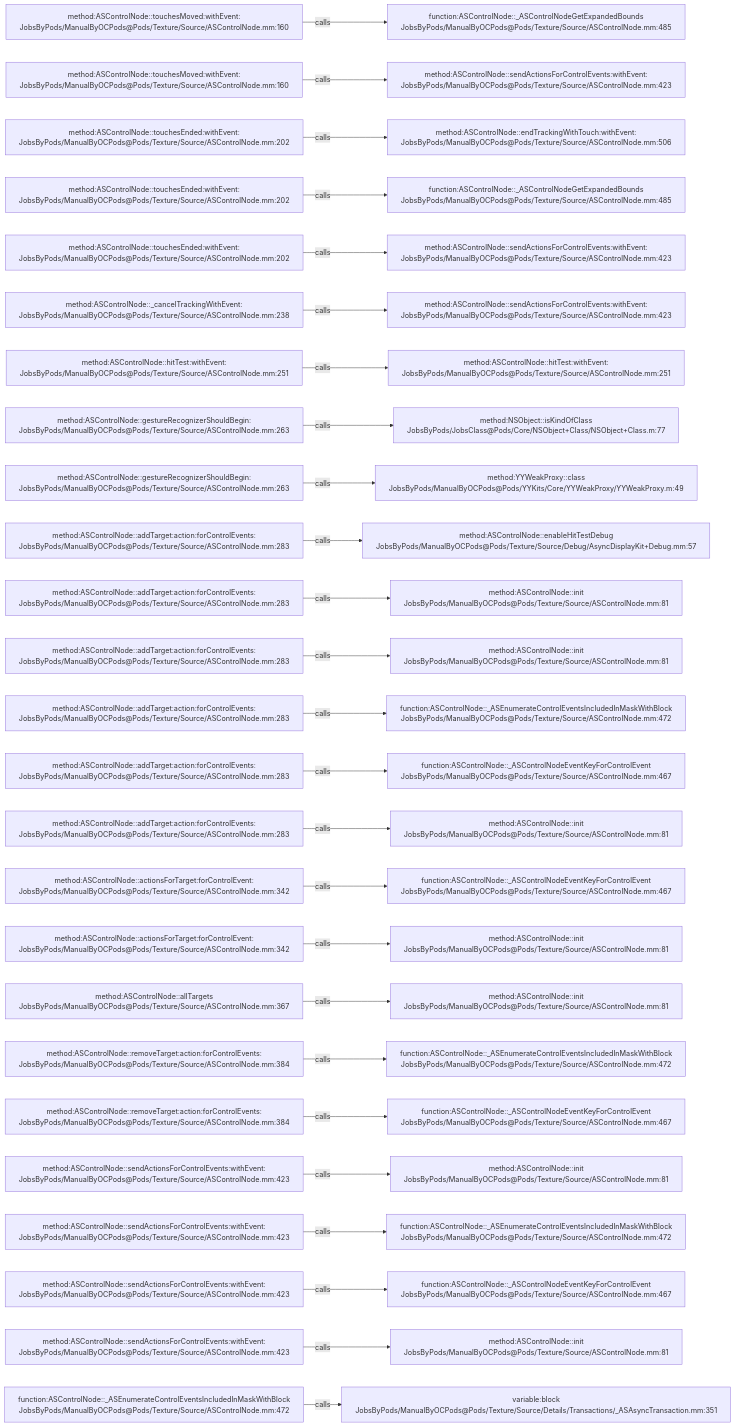
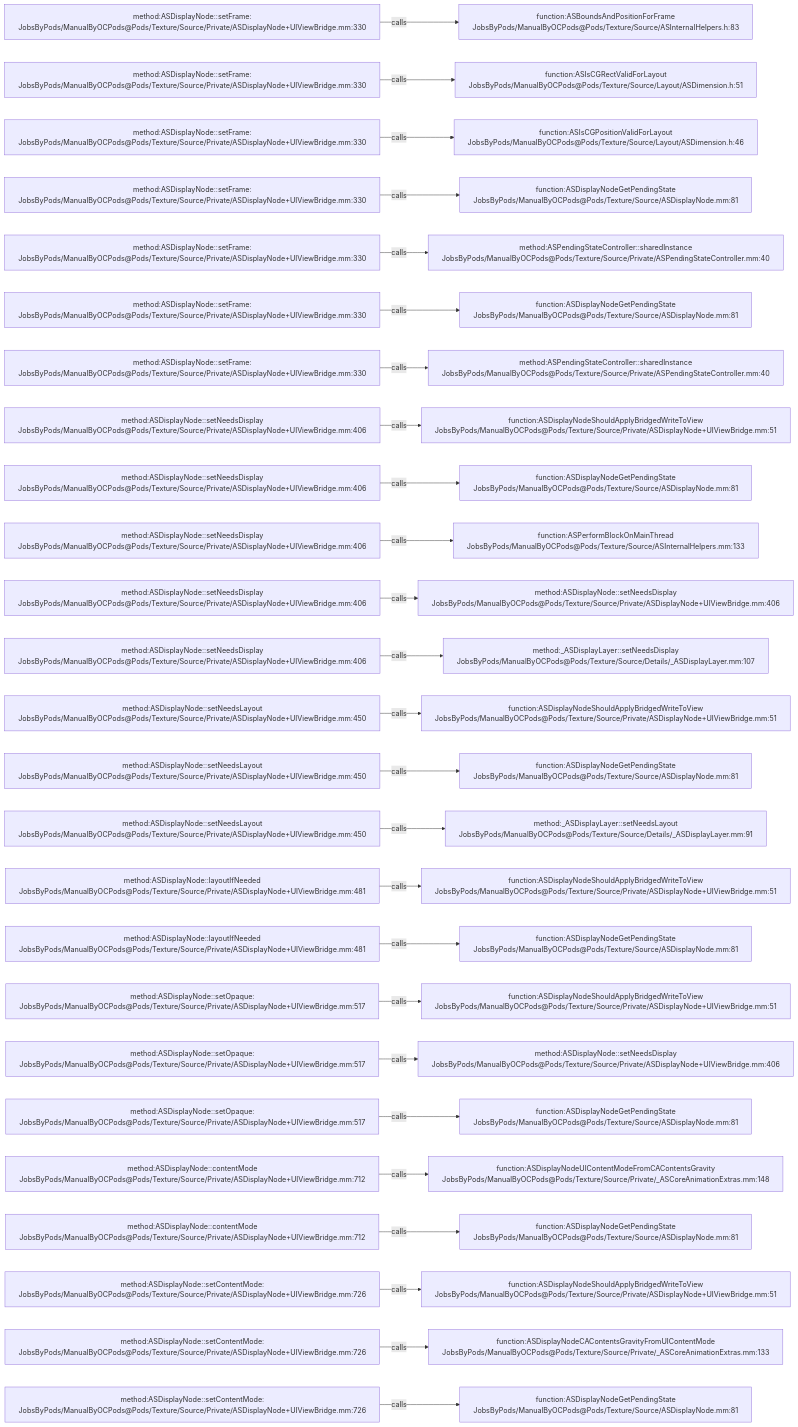
Before and after one commit to JobsKits/JobsOCBaseConfigDemo: the diagram in .codegraph/codegraph.md/graphs/calls-196.md, drawn with Mermaid. The commit also changed 2162 other files, not shown here.

````diff
--- a/.codegraph/codegraph.md/graphs/calls-196.md
+++ b/.codegraph/codegraph.md/graphs/calls-196.md
@@ -13,78 +13,78 @@
 ```mermaid
 flowchart LR
-  S1["method:ASControlNode::touchesMoved:withEvent:<br/>JobsByPods/ManualByOCPods@Pods/Texture/Source/ASControlNode.mm:160"]
-  T1["function:ASControlNode::_ASControlNodeGetExpandedBounds<br/>JobsByPods/ManualByOCPods@Pods/Texture/Source/ASControlNode.mm:485"]
+  S1["method:ASDisplayNode::setFrame:<br/>JobsByPods/ManualByOCPods@Pods/Texture/Source/Private/ASDisplayNode+UIViewBridge.mm:330"]
+  T1["function:ASBoundsAndPositionForFrame<br/>JobsByPods/ManualByOCPods@Pods/Texture/Source/ASInternalHelpers.h:83"]
   S1 -->|calls| T1
-  S2["method:ASControlNode::touchesMoved:withEvent:<br/>JobsByPods/ManualByOCPods@Pods/Texture/Source/ASControlNode.mm:160"]
-  T2["method:ASControlNode::sendActionsForControlEvents:withEvent:<br/>JobsByPods/ManualByOCPods@Pods/Texture/Source/ASControlNode.mm:423"]
+  S2["method:ASDisplayNode::setFrame:<br/>JobsByPods/ManualByOCPods@Pods/Texture/Source/Private/ASDisplayNode+UIViewBridge.mm:330"]
+  T2["function:ASIsCGRectValidForLayout<br/>JobsByPods/ManualByOCPods@Pods/Texture/Source/Layout/ASDimension.h:51"]
   S2 -->|calls| T2
-  S3["method:ASControlNode::touchesEnded:withEvent:<br/>JobsByPods/ManualByOCPods@Pods/Texture/Source/ASControlNode.mm:202"]
-  T3["method:ASControlNode::endTrackingWithTouch:withEvent:<br/>JobsByPods/ManualByOCPods@Pods/Texture/Source/ASControlNode.mm:506"]
+  S3["method:ASDisplayNode::setFrame:<br/>JobsByPods/ManualByOCPods@Pods/Texture/Source/Private/ASDisplayNode+UIViewBridge.mm:330"]
+  T3["function:ASIsCGPositionValidForLayout<br/>JobsByPods/ManualByOCPods@Pods/Texture/Source/Layout/ASDimension.h:46"]
   S3 -->|calls| T3
-  S4["method:ASControlNode::touchesEnded:withEvent:<br/>JobsByPods/ManualByOCPods@Pods/Texture/Source/ASControlNode.mm:202"]
-  T4["function:ASControlNode::_ASControlNodeGetExpandedBounds<br/>JobsByPods/ManualByOCPods@Pods/Texture/Source/ASControlNode.mm:485"]
+  S4["method:ASDisplayNode::setFrame:<br/>JobsByPods/ManualByOCPods@Pods/Texture/Source/Private/ASDisplayNode+UIViewBridge.mm:330"]
+  T4["function:ASDisplayNodeGetPendingState<br/>JobsByPods/ManualByOCPods@Pods/Texture/Source/ASDisplayNode.mm:81"]
   S4 -->|calls| T4
-  S5["method:ASControlNode::touchesEnded:withEvent:<br/>JobsByPods/ManualByOCPods@Pods/Texture/Source/ASControlNode.mm:202"]
-  T5["method:ASControlNode::sendActionsForControlEvents:withEvent:<br/>JobsByPods/ManualByOCPods@Pods/Texture/Source/ASControlNode.mm:423"]
+  S5["method:ASDisplayNode::setFrame:<br/>JobsByPods/ManualByOCPods@Pods/Texture/Source/Private/ASDisplayNode+UIViewBridge.mm:330"]
+  T5["method:ASPendingStateController::sharedInstance<br/>JobsByPods/ManualByOCPods@Pods/Texture/Source/Private/ASPendingStateController.mm:40"]
   S5 -->|calls| T5
-  S6["method:ASControlNode::_cancelTrackingWithEvent:<br/>JobsByPods/ManualByOCPods@Pods/Texture/Source/ASControlNode.mm:238"]
-  T6["method:ASControlNode::sendActionsForControlEvents:withEvent:<br/>JobsByPods/ManualByOCPods@Pods/Texture/Source/ASControlNode.mm:423"]
+  S6["method:ASDisplayNode::setFrame:<br/>JobsByPods/ManualByOCPods@Pods/Texture/Source/Private/ASDisplayNode+UIViewBridge.mm:330"]
+  T6["function:ASDisplayNodeGetPendingState<br/>JobsByPods/ManualByOCPods@Pods/Texture/Source/ASDisplayNode.mm:81"]
   S6 -->|calls| T6
-  S7["method:ASControlNode::hitTest:withEvent:<br/>JobsByPods/ManualByOCPods@Pods/Texture/Source/ASControlNode.mm:251"]
-  T7["method:ASControlNode::hitTest:withEvent:<br/>JobsByPods/ManualByOCPods@Pods/Texture/Source/ASControlNode.mm:251"]
+  S7["method:ASDisplayNode::setFrame:<br/>JobsByPods/ManualByOCPods@Pods/Texture/Source/Private/ASDisplayNode+UIViewBridge.mm:330"]
+  T7["method:ASPendingStateController::sharedInstance<br/>JobsByPods/ManualByOCPods@Pods/Texture/Source/Private/ASPendingStateController.mm:40"]
   S7 -->|calls| T7
-  S8["method:ASControlNode::gestureRecognizerShouldBegin:<br/>JobsByPods/ManualByOCPods@Pods/Texture/Source/ASControlNode.mm:263"]
-  T8["method:NSObject::isKindOfClass<br/>JobsByPods/JobsClass@Pods/Core/NSObject+Class/NSObject+Class.m:77"]
+  S8["method:ASDisplayNode::setNeedsDisplay<br/>JobsByPods/ManualByOCPods@Pods/Texture/Source/Private/ASDisplayNode+UIViewBridge.mm:406"]
+  T8["function:ASDisplayNodeShouldApplyBridgedWriteToView<br/>JobsByPods/ManualByOCPods@Pods/Texture/Source/Private/ASDisplayNode+UIViewBridge.mm:51"]
   S8 -->|calls| T8
-  S9["method:ASControlNode::gestureRecognizerShouldBegin:<br/>JobsByPods/ManualByOCPods@Pods/Texture/Source/ASControlNode.mm:263"]
-  T9["method:YYWeakProxy::class<br/>JobsByPods/ManualByOCPods@Pods/YYKits/Core/YYWeakProxy/YYWeakProxy.m:49"]
+  S9["method:ASDisplayNode::setNeedsDisplay<br/>JobsByPods/ManualByOCPods@Pods/Texture/Source/Private/ASDisplayNode+UIViewBridge.mm:406"]
+  T9["function:ASDisplayNodeGetPendingState<br/>JobsByPods/ManualByOCPods@Pods/Texture/Source/ASDisplayNode.mm:81"]
   S9 -->|calls| T9
-  S10["method:ASControlNode::addTarget:action:forControlEvents:<br/>JobsByPods/ManualByOCPods@Pods/Texture/Source/ASControlNode.mm:283"]
-  T10["method:ASControlNode::enableHitTestDebug<br/>JobsByPods/ManualByOCPods@Pods/Texture/Source/Debug/AsyncDisplayKit+Debug.mm:57"]
+  S10["method:ASDisplayNode::setNeedsDisplay<br/>JobsByPods/ManualByOCPods@Pods/Texture/Source/Private/ASDisplayNode+UIViewBridge.mm:406"]
+  T10["function:ASPerformBlockOnMainThread<br/>JobsByPods/ManualByOCPods@Pods/Texture/Source/ASInternalHelpers.mm:133"]
   S10 -->|calls| T10
-  S11["method:ASControlNode::addTarget:action:forControlEvents:<br/>JobsByPods/ManualByOCPods@Pods/Texture/Source/ASControlNode.mm:283"]
-  T11["method:ASControlNode::init<br/>JobsByPods/ManualByOCPods@Pods/Texture/Source/ASControlNode.mm:81"]
+  S11["method:ASDisplayNode::setNeedsDisplay<br/>JobsByPods/ManualByOCPods@Pods/Texture/Source/Private/ASDisplayNode+UIViewBridge.mm:406"]
+  T11["method:ASDisplayNode::setNeedsDisplay<br/>JobsByPods/ManualByOCPods@Pods/Texture/Source/Private/ASDisplayNode+UIViewBridge.mm:406"]
   S11 -->|calls| T11
-  S12["method:ASControlNode::addTarget:action:forControlEvents:<br/>JobsByPods/ManualByOCPods@Pods/Texture/Source/ASControlNode.mm:283"]
-  T12["method:ASControlNode::init<br/>JobsByPods/ManualByOCPods@Pods/Texture/Source/ASControlNode.mm:81"]
+  S12["method:ASDisplayNode::setNeedsDisplay<br/>JobsByPods/ManualByOCPods@Pods/Texture/Source/Private/ASDisplayNode+UIViewBridge.mm:406"]
+  T12["method:_ASDisplayLayer::setNeedsDisplay<br/>JobsByPods/ManualByOCPods@Pods/Texture/Source/Details/_ASDisplayLayer.mm:107"]
   S12 -->|calls| T12
-  S13["method:ASControlNode::addTarget:action:forControlEvents:<br/>JobsByPods/ManualByOCPods@Pods/Texture/Source/ASControlNode.mm:283"]
-  T13["function:ASControlNode::_ASEnumerateControlEventsIncludedInMaskWithBlock<br/>JobsByPods/ManualByOCPods@Pods/Texture/Source/ASControlNode.mm:472"]
+  S13["method:ASDisplayNode::setNeedsLayout<br/>JobsByPods/ManualByOCPods@Pods/Texture/Source/Private/ASDisplayNode+UIViewBridge.mm:450"]
+  T13["function:ASDisplayNodeShouldApplyBridgedWriteToView<br/>JobsByPods/ManualByOCPods@Pods/Texture/Source/Private/ASDisplayNode+UIViewBridge.mm:51"]
   S13 -->|calls| T13
-  S14["method:ASControlNode::addTarget:action:forControlEvents:<br/>JobsByPods/ManualByOCPods@Pods/Texture/Source/ASControlNode.mm:283"]
-  T14["function:ASControlNode::_ASControlNodeEventKeyForControlEvent<br/>JobsByPods/ManualByOCPods@Pods/Texture/Source/ASControlNode.mm:467"]
+  S14["method:ASDisplayNode::setNeedsLayout<br/>JobsByPods/ManualByOCPods@Pods/Texture/Source/Private/ASDisplayNode+UIViewBridge.mm:450"]
+  T14["function:ASDisplayNodeGetPendingState<br/>JobsByPods/ManualByOCPods@Pods/Texture/Source/ASDisplayNode.mm:81"]
   S14 -->|calls| T14
-  S15["method:ASControlNode::addTarget:action:forControlEvents:<br/>JobsByPods/ManualByOCPods@Pods/Texture/Source/ASControlNode.mm:283"]
-  T15["method:ASControlNode::init<br/>JobsByPods/ManualByOCPods@Pods/Texture/Source/ASControlNode.mm:81"]
+  S15["method:ASDisplayNode::setNeedsLayout<br/>JobsByPods/ManualByOCPods@Pods/Texture/Source/Private/ASDisplayNode+UIViewBridge.mm:450"]
+  T15["method:_ASDisplayLayer::setNeedsLayout<br/>JobsByPods/ManualByOCPods@Pods/Texture/Source/Details/_ASDisplayLayer.mm:91"]
   S15 -->|calls| T15
-  S16["method:ASControlNode::actionsForTarget:forControlEvent:<br/>JobsByPods/ManualByOCPods@Pods/Texture/Source/ASControlNode.mm:342"]
-  T16["function:ASControlNode::_ASControlNodeEventKeyForControlEvent<br/>JobsByPods/ManualByOCPods@Pods/Texture/Source/ASControlNode.mm:467"]
+  S16["method:ASDisplayNode::layoutIfNeeded<br/>JobsByPods/ManualByOCPods@Pods/Texture/Source/Private/ASDisplayNode+UIViewBridge.mm:481"]
+  T16["function:ASDisplayNodeShouldApplyBridgedWriteToView<br/>JobsByPods/ManualByOCPods@Pods/Texture/Source/Private/ASDisplayNode+UIViewBridge.mm:51"]
   S16 -->|calls| T16
-  S17["method:ASControlNode::actionsForTarget:forControlEvent:<br/>JobsByPods/ManualByOCPods@Pods/Texture/Source/ASControlNode.mm:342"]
-  T17["method:ASControlNode::init<br/>JobsByPods/ManualByOCPods@Pods/Texture/Source/ASControlNode.mm:81"]
+  S17["method:ASDisplayNode::layoutIfNeeded<br/>JobsByPods/ManualByOCPods@Pods/Texture/Source/Private/ASDisplayNode+UIViewBridge.mm:481"]
+  T17["function:ASDisplayNodeGetPendingState<br/>JobsByPods/ManualByOCPods@Pods/Texture/Source/ASDisplayNode.mm:81"]
   S17 -->|calls| T17
-  S18["method:ASControlNode::allTargets<br/>JobsByPods/ManualByOCPods@Pods/Texture/Source/ASControlNode.mm:367"]
-  T18["method:ASControlNode::init<br/>JobsByPods/ManualByOCPods@Pods/Texture/Source/ASControlNode.mm:81"]
+  S18["method:ASDisplayNode::setOpaque:<br/>JobsByPods/ManualByOCPods@Pods/Texture/Source/Private/ASDisplayNode+UIViewBridge.mm:517"]
+  T18["function:ASDisplayNodeShouldApplyBridgedWriteToView<br/>JobsByPods/ManualByOCPods@Pods/Texture/Source/Private/ASDisplayNode+UIViewBridge.mm:51"]
   S18 -->|calls| T18
-  S19["method:ASControlNode::removeTarget:action:forControlEvents:<br/>JobsByPods/ManualByOCPods@Pods/Texture/Source/ASControlNode.mm:384"]
-  T19["function:ASControlNode::_ASEnumerateControlEventsIncludedInMaskWithBlock<br/>JobsByPods/ManualByOCPods@Pods/Texture/Source/ASControlNode.mm:472"]
+  S19["method:ASDisplayNode::setOpaque:<br/>JobsByPods/ManualByOCPods@Pods/Texture/Source/Private/ASDisplayNode+UIViewBridge.mm:517"]
+  T19["method:ASDisplayNode::setNeedsDisplay<br/>JobsByPods/ManualByOCPods@Pods/Texture/Source/Private/ASDisplayNode+UIViewBridge.mm:406"]
   S19 -->|calls| T19
-  S20["method:ASControlNode::removeTarget:action:forControlEvents:<br/>JobsByPods/ManualByOCPods@Pods/Texture/Source/ASControlNode.mm:384"]
-  T20["function:ASControlNode::_ASControlNodeEventKeyForControlEvent<br/>JobsByPods/ManualByOCPods@Pods/Texture/Source/ASControlNode.mm:467"]
+  S20["method:ASDisplayNode::setOpaque:<br/>JobsByPods/ManualByOCPods@Pods/Texture/Source/Private/ASDisplayNode+UIViewBridge.mm:517"]
+  T20["function:ASDisplayNodeGetPendingState<br/>JobsByPods/ManualByOCPods@Pods/Texture/Source/ASDisplayNode.mm:81"]
   S20 -->|calls| T20
-  S21["method:ASControlNode::sendActionsForControlEvents:withEvent:<br/>JobsByPods/ManualByOCPods@Pods/Texture/Source/ASControlNode.mm:423"]
-  T21["method:ASControlNode::init<br/>JobsByPods/ManualByOCPods@Pods/Texture/Source/ASControlNode.mm:81"]
+  S21["method:ASDisplayNode::contentMode<br/>JobsByPods/ManualByOCPods@Pods/Texture/Source/Private/ASDisplayNode+UIViewBridge.mm:712"]
+  T21["function:ASDisplayNodeUIContentModeFromCAContentsGravity<br/>JobsByPods/ManualByOCPods@Pods/Texture/Source/Private/_ASCoreAnimationExtras.mm:148"]
   S21 -->|calls| T21
-  S22["method:ASControlNode::sendActionsForControlEvents:withEvent:<br/>JobsByPods/ManualByOCPods@Pods/Texture/Source/ASControlNode.mm:423"]
-  T22["function:ASControlNode::_ASEnumerateControlEventsIncludedInMaskWithBlock<br/>JobsByPods/ManualByOCPods@Pods/Texture/Source/ASControlNode.mm:472"]
+  S22["method:ASDisplayNode::contentMode<br/>JobsByPods/ManualByOCPods@Pods/Texture/Source/Private/ASDisplayNode+UIViewBridge.mm:712"]
+  T22["function:ASDisplayNodeGetPendingState<br/>JobsByPods/ManualByOCPods@Pods/Texture/Source/ASDisplayNode.mm:81"]
   S22 -->|calls| T22
-  S23["method:ASControlNode::sendActionsForControlEvents:withEvent:<br/>JobsByPods/ManualByOCPods@Pods/Texture/Source/ASControlNode.mm:423"]
-  T23["function:ASControlNode::_ASControlNodeEventKeyForControlEvent<br/>JobsByPods/ManualByOCPods@Pods/Texture/Source/ASControlNode.mm:467"]
+  S23["method:ASDisplayNode::setContentMode:<br/>JobsByPods/ManualByOCPods@Pods/Texture/Source/Private/ASDisplayNode+UIViewBridge.mm:726"]
+  T23["function:ASDisplayNodeShouldApplyBridgedWriteToView<br/>JobsByPods/ManualByOCPods@Pods/Texture/Source/Private/ASDisplayNode+UIViewBridge.mm:51"]
   S23 -->|calls| T23
-  S24["method:ASControlNode::sendActionsForControlEvents:withEvent:<br/>JobsByPods/ManualByOCPods@Pods/Texture/Source/ASControlNode.mm:423"]
-  T24["method:ASControlNode::init<br/>JobsByPods/ManualByOCPods@Pods/Texture/Source/ASControlNode.mm:81"]
+  S24["method:ASDisplayNode::setContentMode:<br/>JobsByPods/ManualByOCPods@Pods/Texture/Source/Private/ASDisplayNode+UIViewBridge.mm:726"]
+  T24["function:ASDisplayNodeCAContentsGravityFromUIContentMode<br/>JobsByPods/ManualByOCPods@Pods/Texture/Source/Private/_ASCoreAnimationExtras.mm:133"]
   S24 -->|calls| T24
-  S25["function:ASControlNode::_ASEnumerateControlEventsIncludedInMaskWithBlock<br/>JobsByPods/ManualByOCPods@Pods/Texture/Source/ASControlNode.mm:472"]
-  T25["variable:block<br/>JobsByPods/ManualByOCPods@Pods/Texture/Source/Details/Transactions/_ASAsyncTransaction.mm:351"]
+  S25["method:ASDisplayNode::setContentMode:<br/>JobsByPods/ManualByOCPods@Pods/Texture/Source/Private/ASDisplayNode+UIViewBridge.mm:726"]
+  T25["function:ASDisplayNodeGetPendingState<br/>JobsByPods/ManualByOCPods@Pods/Texture/Source/ASDisplayNode.mm:81"]
   S25 -->|calls| T25
 ```
````
